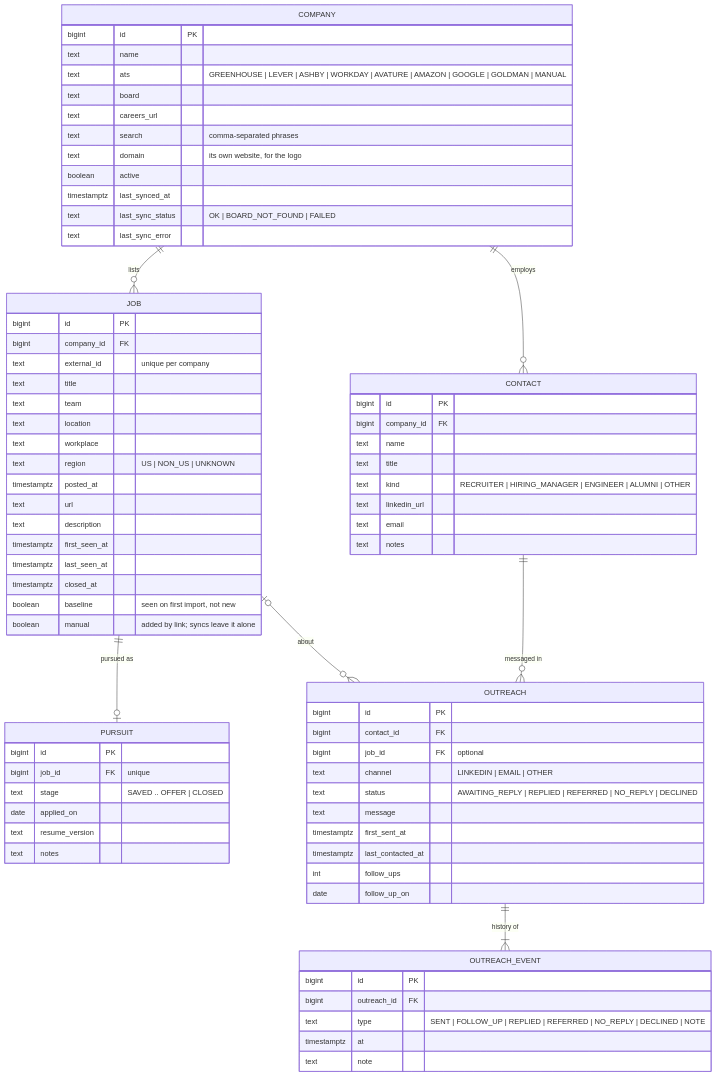
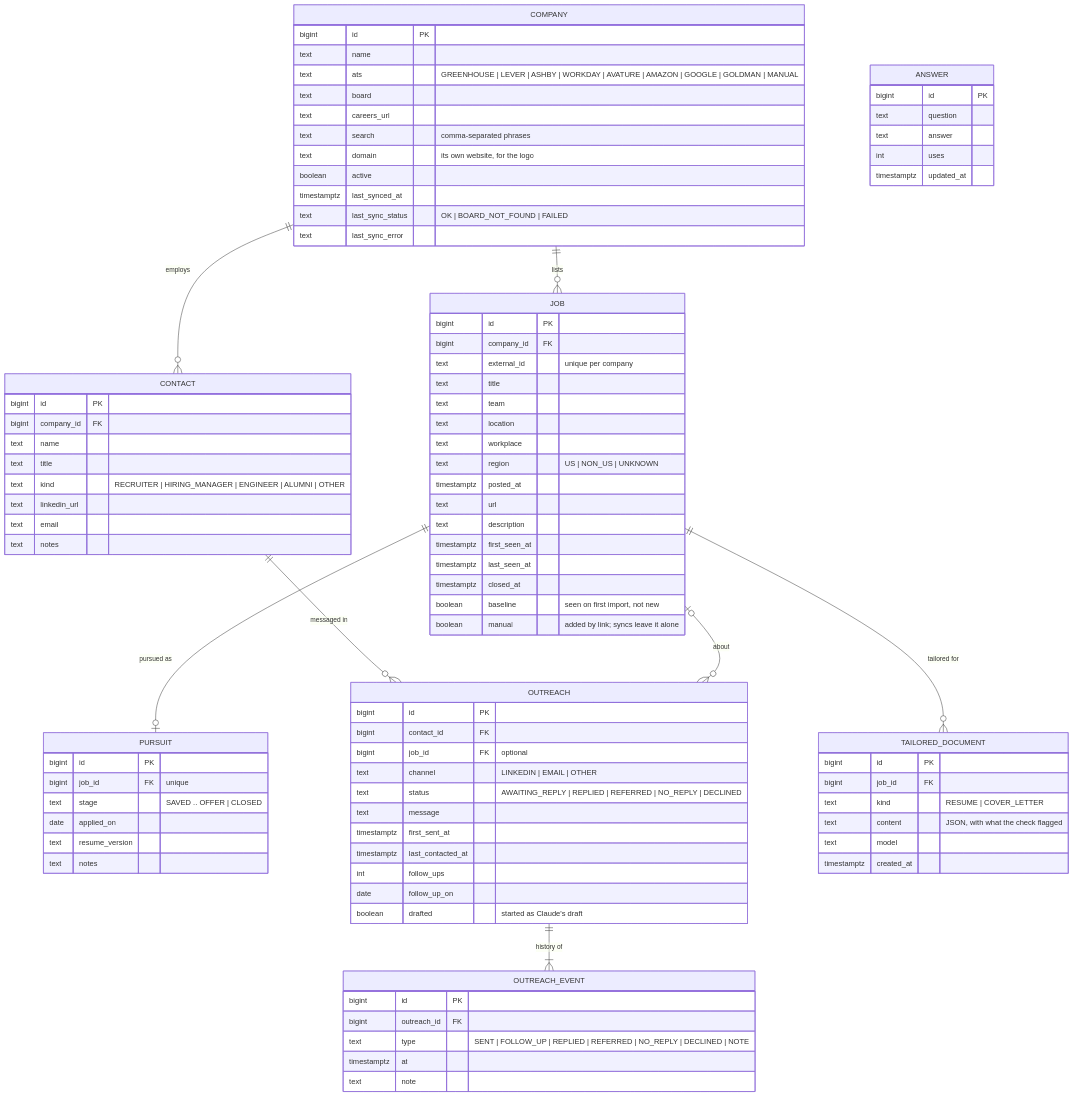
The fourth of 9 diagrams in docs/architecture.md (TechByChibuzo/job-search-assistant), drawn with Mermaid before and after one commit. The commit also changed other lines of this file and 4 other files, not shown here.

````diff
--- a/docs/architecture.md
+++ b/docs/architecture.md
@@ -214,6 +214,7 @@
     CONTACT ||--o{ OUTREACH : "messaged in"
     JOB |o--o{ OUTREACH : about
     OUTREACH ||--|{ OUTREACH_EVENT : "history of"
+    JOB ||--o{ TAILORED_DOCUMENT : "tailored for"
 
     COMPANY {
         bigint id PK
@@ -275,6 +276,7 @@
         timestamptz last_contacted_at
         int follow_ups
         date follow_up_on
+        boolean drafted "started as Claude's draft"
     }
     OUTREACH_EVENT {
         bigint id PK
@@ -283,4 +285,19 @@
         timestamptz at
         text note
     }
+    TAILORED_DOCUMENT {
+        bigint id PK
+        bigint job_id FK
+        text kind "RESUME | COVER_LETTER"
+        text content "JSON, with what the check flagged"
+        text model
+        timestamptz created_at
+    }
+    ANSWER {
+        bigint id PK
+        text question
+        text answer
+        int uses
+        timestamptz updated_at
+    }
 ```
````
